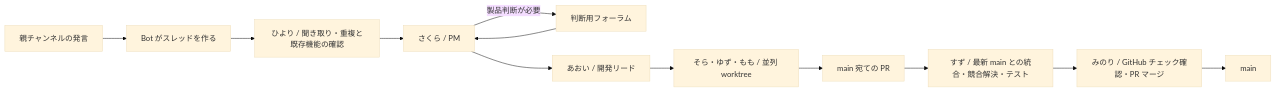
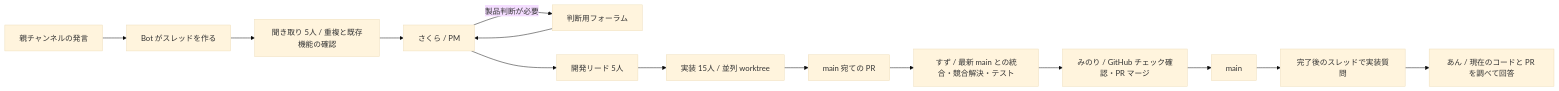
The diagram in README.md (katteni-kaihatu/tonarium-agent), drawn with Mermaid (base theme) before and after one commit. The commit also changed other lines of this file and 16 other files, not shown here.

````diff
--- a/README.md
+++ b/README.md
@@ -7,14 +7,16 @@
 ```mermaid
 flowchart LR
   Voice[親チャンネルの発言] --> Thread[Bot がスレッドを作る]
-  Thread --> H[ひより / 聞き取り・重複と既存機能の確認]
+  Thread --> H[聞き取り 5人 / 重複と既存機能の確認]
   H --> S[さくら / PM]
   S -->|製品判断が必要| Forum[判断用フォーラム]
   Forum --> S
-  S --> A[あおい / 開発リード]
-  A --> Workers[そら・ゆず・もも / 並列 worktree]
+  S --> A[開発リード 5人]
+  A --> Workers[実装 15人 / 並列 worktree]
   Workers --> PR[main 宛ての PR]
   PR --> I[すず / 最新 main との統合・競合解決・テスト]
   I --> M[みのり / GitHub チェック確認・PR マージ]
   M --> Main[main]
+  Main --> Q[完了後のスレッドで実装質問]
+  Q --> Help[あん / 現在のコードと PR を調べて回答]
 ```
````
